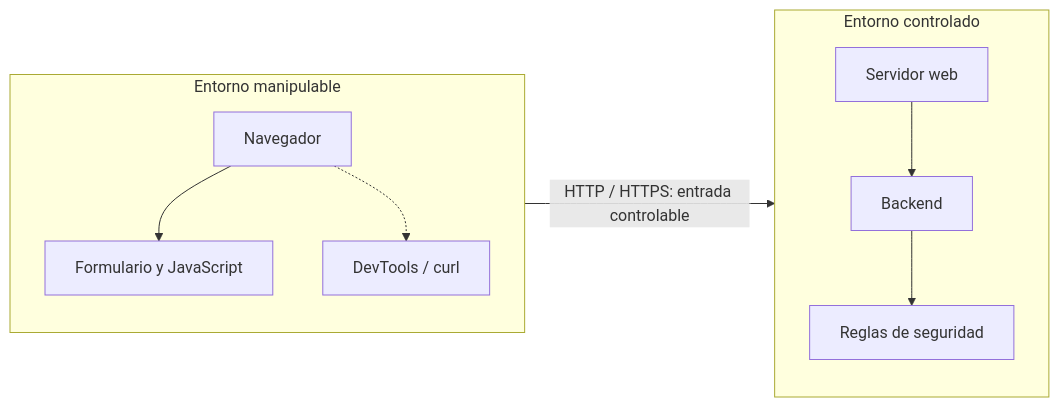
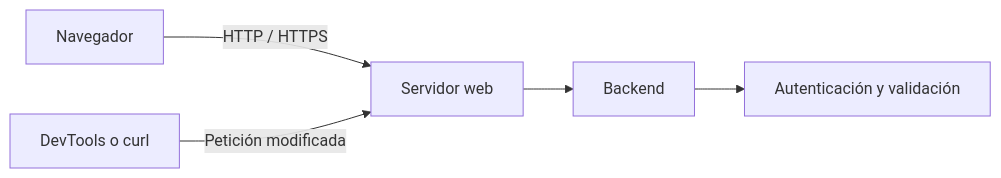
Before and after one commit to purpesec/Cybersecurity-For-Beginners: the second of 9 diagrams in pentesting-web/01-fundamentos-web-y-http/README.md, drawn with Mermaid. The commit also changed other lines of this file and 1 other file, not shown here.

Commit message:
docs: make diagrams horizontal and move cheatsheet to pdf link

````diff
--- a/pentesting-web/01-fundamentos-web-y-http/README.md
+++ b/pentesting-web/01-fundamentos-web-y-http/README.md
@@ -52,19 +52,7 @@
 ```mermaid
 flowchart LR
-    subgraph CLIENTE["Entorno manipulable"]
-        B[Navegador]
-        F[Formulario y JavaScript]
-        T[DevTools / curl]
-        B --> F
-        B -.-> T
-    end
-
-    subgraph SERVIDOR["Entorno controlado"]
-        W[Servidor web]
-        A[Backend]
-        R[Reglas de seguridad]
-        W --> A --> R
-    end
-
-    CLIENTE -->|HTTP / HTTPS: entrada controlable| SERVIDOR
+    B[Navegador] -->|HTTP / HTTPS| W[Servidor web]
+    T[DevTools o curl] -->|Petición modificada| W
+    W --> A[Backend]
+    A --> R[Autenticación y validación]
 ```
````
